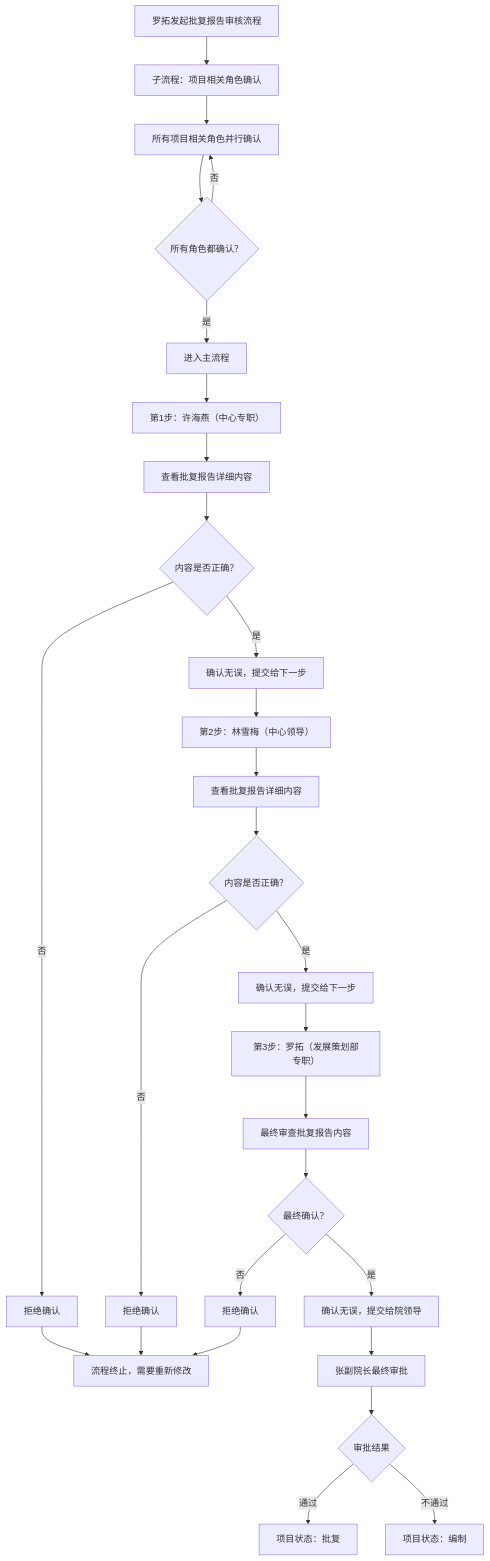
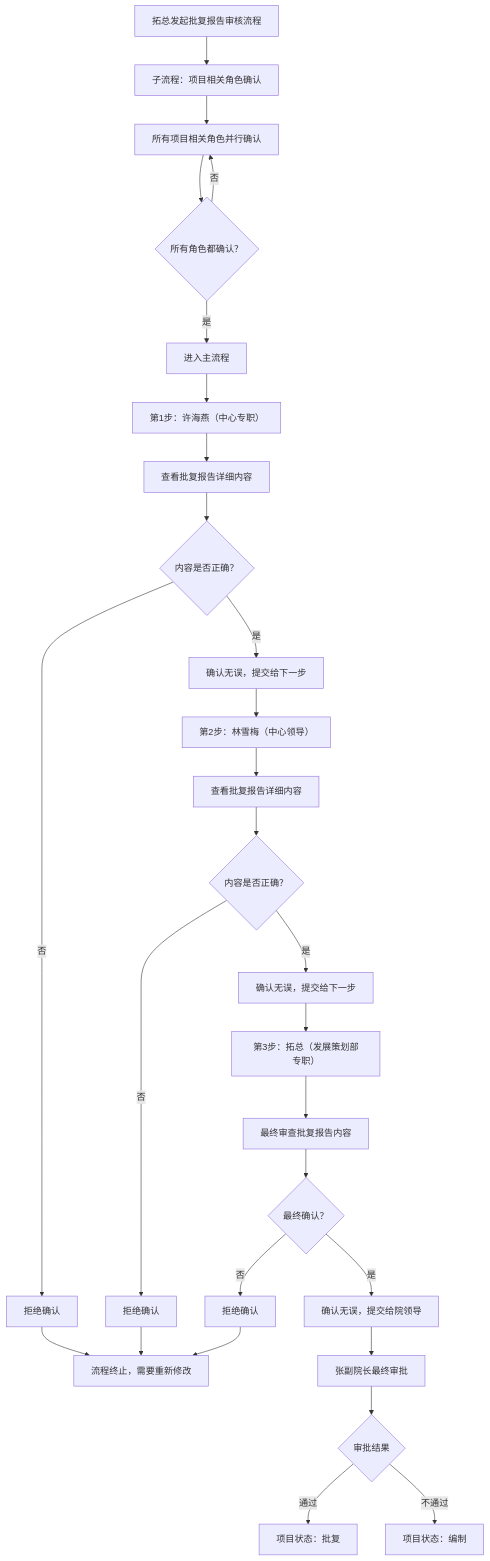
Before and after one commit to njczy/zhjh: the diagram in 批复报告审批流程修改说明.md, drawn with Mermaid. The commit also changed other lines of this file and 3 other files, not shown here.

````diff
--- a/批复报告审批流程修改说明.md
+++ b/批复报告审批流程修改说明.md
@@ -80,35 +80,35 @@
 ```mermaid
 flowchart TD
-    A["罗拓发起批复报告审核流程"] --> B["子流程：项目相关角色确认"]
+    A["拓总发起批复报告审核流程"] --> B["子流程：项目相关角色确认"]
     B --> C["所有项目相关角色并行确认"]
     C --> D{"所有角色都确认？"}
     D -->|否| C
     D -->|是| E["进入主流程"]
     
     E --> F["第1步：许海燕（中心专职）"]
     F --> F1["查看批复报告详细内容"]
     F1 --> F2{"内容是否正确？"}
     F2 -->|否| F3["拒绝确认"]
     F2 -->|是| G["确认无误，提交给下一步"]
     
     G --> H["第2步：林雪梅（中心领导）"]
     H --> H1["查看批复报告详细内容"]
     H1 --> H2{"内容是否正确？"}
     H2 -->|否| H3["拒绝确认"]
     H2 -->|是| I["确认无误，提交给下一步"]
     
-    I --> J["第3步：罗拓（发展策划部专职）"]
+    I --> J["第3步：拓总（发展策划部专职）"]
     J --> J1["最终审查批复报告内容"]
     J1 --> J2{"最终确认？"}
     J2 -->|否| J3["拒绝确认"]
     J2 -->|是| K["确认无误，提交给院领导"]
     
     K --> L["张副院长最终审批"]
     L --> M{"审批结果"}
     M -->|通过| N["项目状态：批复"]
     M -->|不通过| O["项目状态：编制"]
     
     F3 --> P["流程终止，需要重新修改"]
     H3 --> P
     J3 --> P
 ```
````
